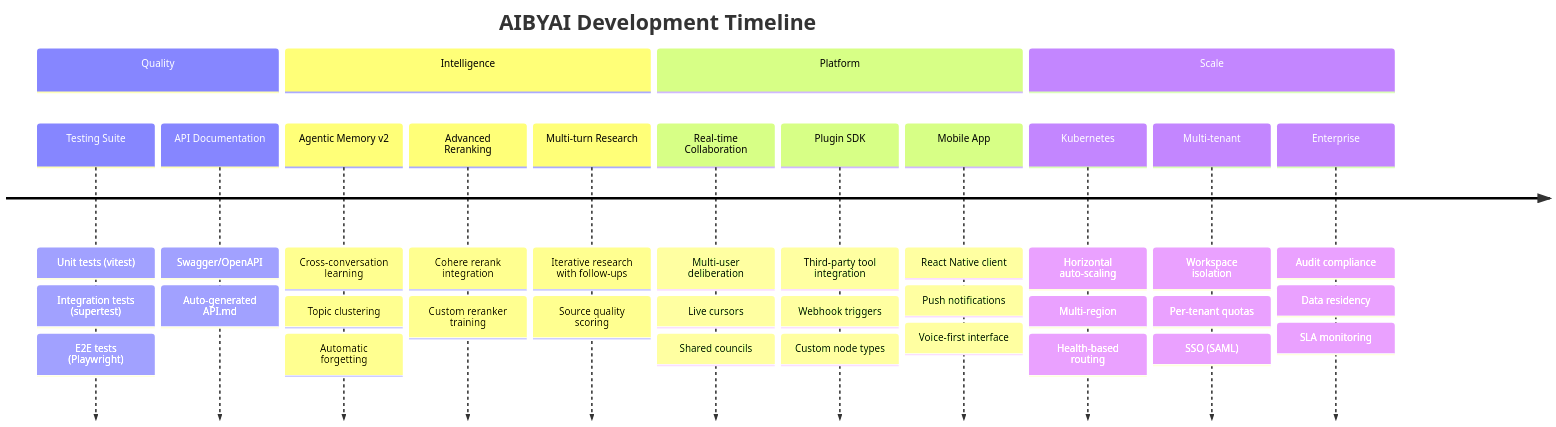
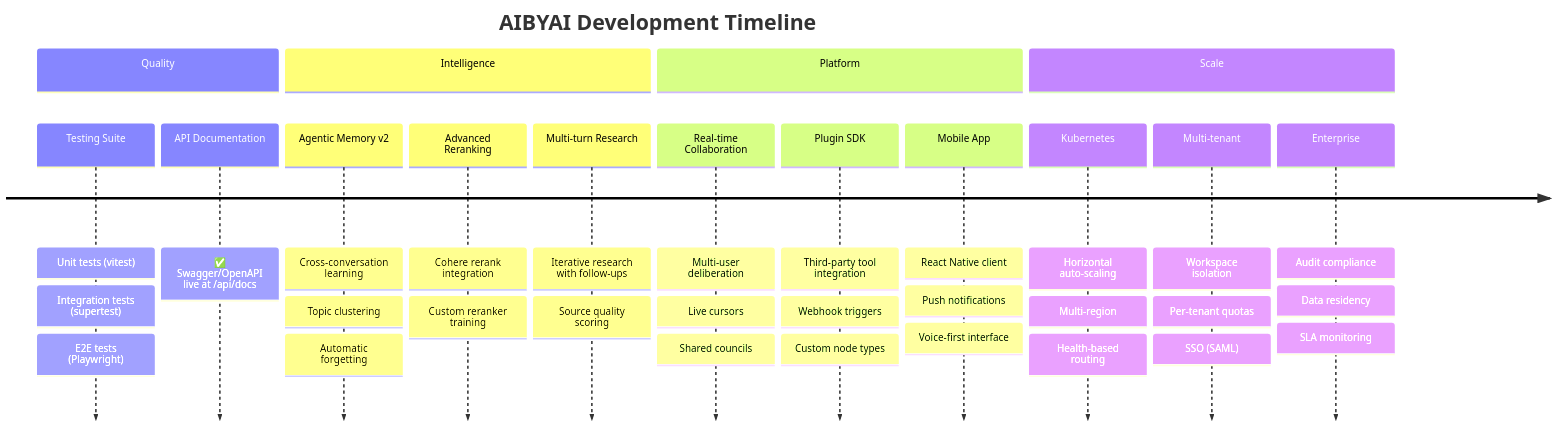
Before and after one commit to Yash-Awasthi/Judica: the second of 5 diagrams in ROADMAP.md, drawn with Mermaid. The commit also changed other lines of this file and 5 other files, not shown here.

````diff
--- a/ROADMAP.md
+++ b/ROADMAP.md
@@ -43,19 +43,19 @@
 ```mermaid
 timeline
     title AIBYAI Development Timeline
     section Quality
         Testing Suite : Unit tests (vitest) : Integration tests (supertest) : E2E tests (Playwright)
-        API Documentation : Swagger/OpenAPI : Auto-generated API.md
+        API Documentation : ✅ Swagger/OpenAPI live at /api/docs
     section Intelligence
         Agentic Memory v2 : Cross-conversation learning : Topic clustering : Automatic forgetting
         Advanced Reranking : Cohere rerank integration : Custom reranker training
         Multi-turn Research : Iterative research with follow-ups : Source quality scoring
     section Platform
         Real-time Collaboration : Multi-user deliberation : Live cursors : Shared councils
         Plugin SDK : Third-party tool integration : Webhook triggers : Custom node types
         Mobile App : React Native client : Push notifications : Voice-first interface
     section Scale
         Kubernetes : Horizontal auto-scaling : Multi-region : Health-based routing
         Multi-tenant : Workspace isolation : Per-tenant quotas : SSO (SAML)
         Enterprise : Audit compliance : Data residency : SLA monitoring
 ```
````
